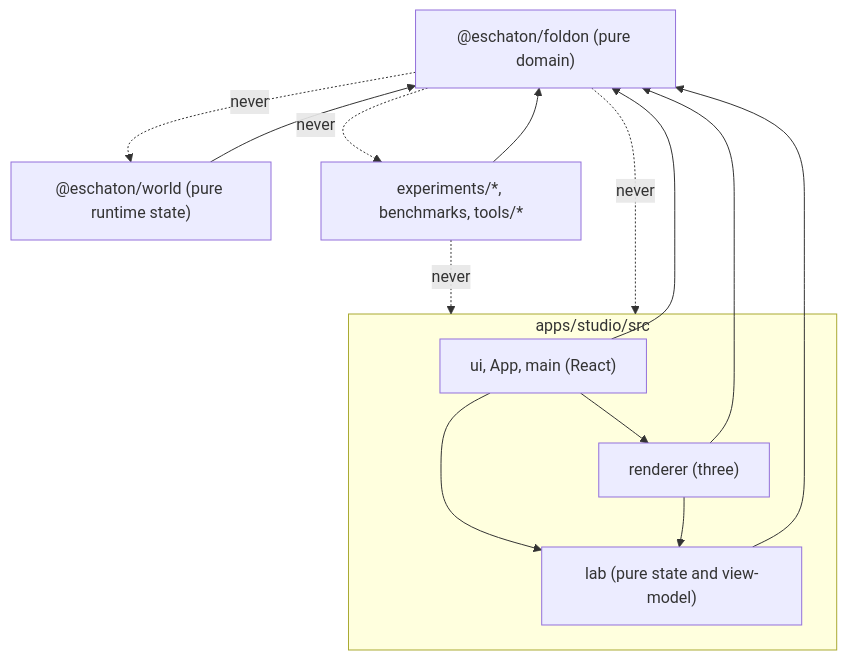
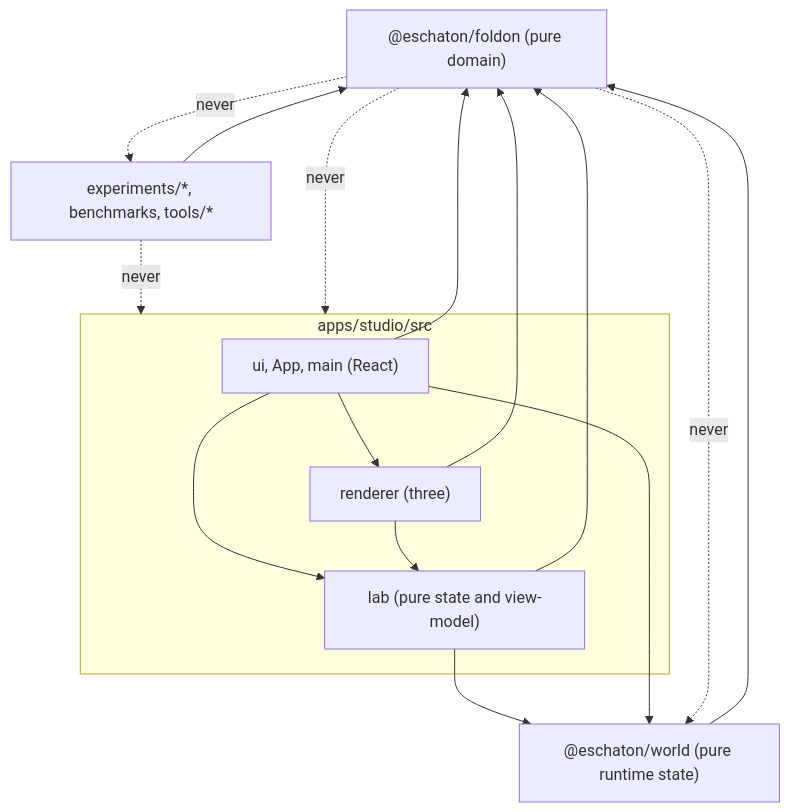
One commit to cuongtranba/eschaton changed the first of 2 diagrams in docs/architecture/overview.md. Above: the diagram before and after it, drawn with Mermaid. The commit also changed other lines of this file and 21 other files, not shown here.

````diff
--- a/docs/architecture/overview.md
+++ b/docs/architecture/overview.md
@@ -35,23 +35,25 @@
 ```mermaid
 flowchart TD
   F["@eschaton/foldon (pure domain)"]
   W["@eschaton/world (pure runtime state)"]
   subgraph STUDIO["apps/studio/src"]
     UI["ui, App, main (React)"]
     R["renderer (three)"]
     L["lab (pure state and view-model)"]
   end
   X["experiments/*, benchmarks, tools/*"]
   UI --> R
   UI --> L
   R --> L
   UI --> F
   R --> F
   L --> F
+  L --> W
+  UI --> W
   X --> F
   W --> F
   F -. "never" .-> W
   X -. "never" .-> STUDIO
   F -. "never" .-> STUDIO
   F -. "never" .-> X
 ```
````
